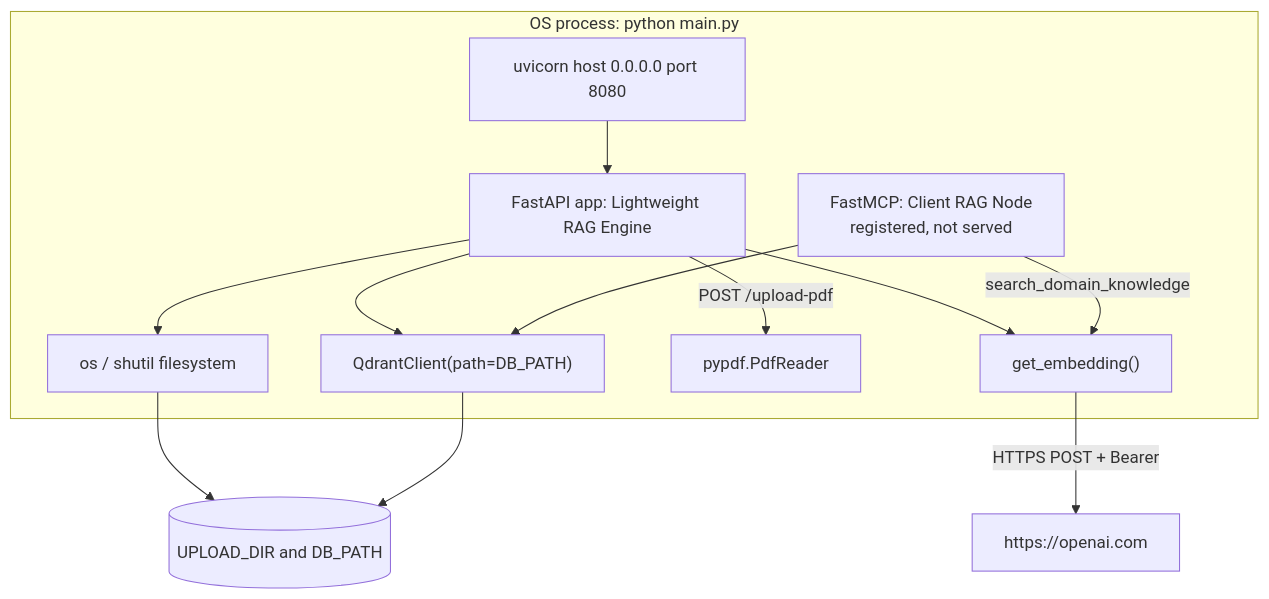
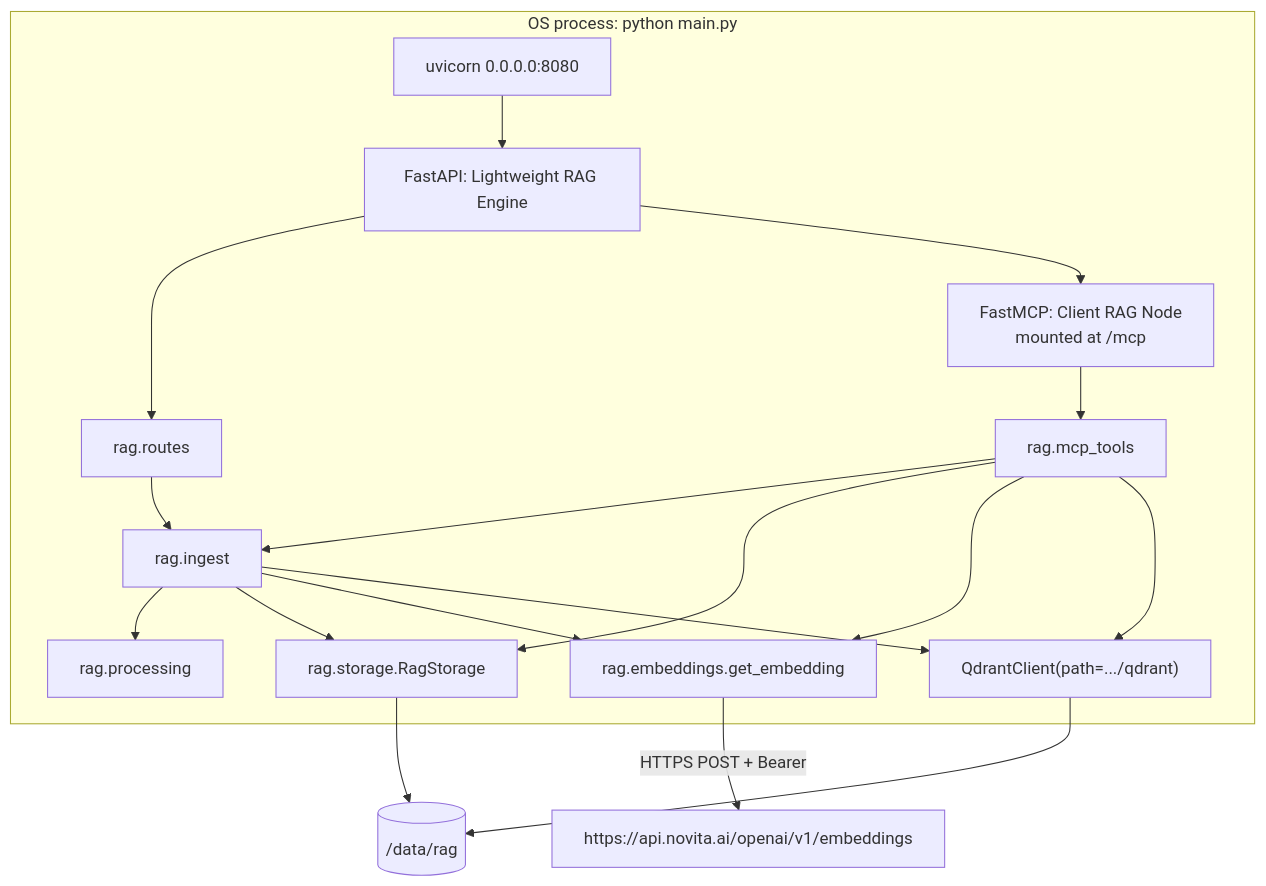
One commit to mkrejp/fastmcp-rag-timer changed the second of 4 diagrams in docs/ARCHITECTURE.md. Above: the diagram before and after it, drawn with Mermaid. The commit also changed other lines of this file and 7 other files, not shown here.

First line of the commit message:
Rewrite architecture docs to match the current Novita RAG stack.

````diff
--- a/docs/ARCHITECTURE.md
+++ b/docs/ARCHITECTURE.md
@@ -53,24 +65,33 @@
 ```mermaid
 flowchart TB
   subgraph process["OS process: python main.py"]
-    uvicorn["uvicorn host 0.0.0.0 port 8080"]
-    fastapi["FastAPI app: Lightweight RAG Engine"]
-    mcp["FastMCP: Client RAG Node<br/>registered, not served"]
-    embed["get_embedding()"]
-    qdrant["QdrantClient(path=DB_PATH)"]
-    pdf["pypdf.PdfReader"]
-    fs["os / shutil filesystem"]
+    uvicorn["uvicorn 0.0.0.0:8080"]
+    fastapi["FastAPI: Lightweight RAG Engine"]
+    mcp["FastMCP: Client RAG Node<br/>mounted at /mcp"]
+    routes["rag.routes"]
+    tools["rag.mcp_tools"]
+    ingest["rag.ingest"]
+    proc["rag.processing"]
+    embed["rag.embeddings.get_embedding"]
+    storage["rag.storage.RagStorage"]
+    qdrant["QdrantClient(path=.../qdrant)"]
     uvicorn --> fastapi
-    fastapi -->|"POST /upload-pdf"| pdf
-    fastapi --> fs
-    fastapi --> embed
-    fastapi --> qdrant
-    mcp -->|"search_domain_knowledge"| embed
-    mcp --> qdrant
+    fastapi --> routes
+    fastapi --> mcp
+    mcp --> tools
+    routes --> ingest
+    tools --> ingest
+    tools --> storage
+    tools --> embed
+    tools --> qdrant
+    ingest --> proc
+    ingest --> storage
+    ingest --> embed
+    ingest --> qdrant
   end
-  disk[(UPLOAD_DIR and DB_PATH)]
-  openai["https://openai.com"]
-  fs --> disk
+  disk[("/data/rag")]
+  novita["https://api.novita.ai/openai/v1/embeddings"]
+  storage --> disk
   qdrant --> disk
-  embed -->|"HTTPS POST + Bearer"| openai
+  embed -->|"HTTPS POST + Bearer"| novita
 ```
````
